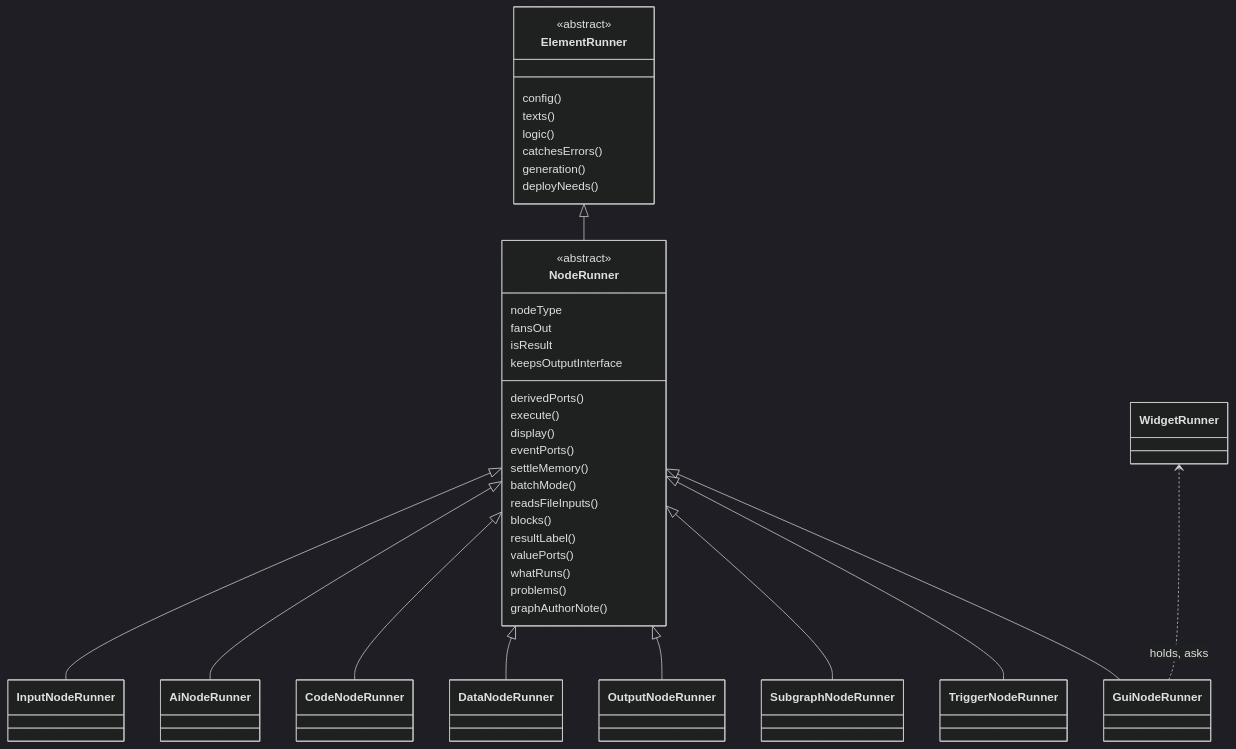
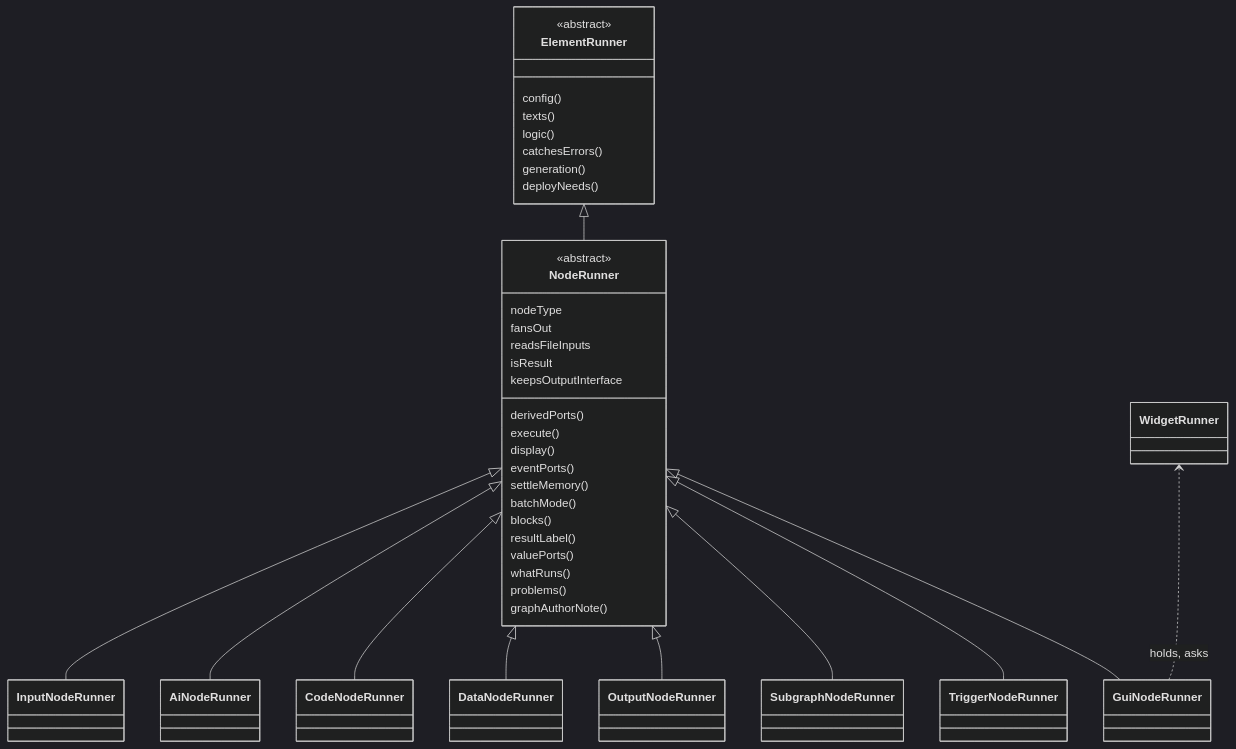
One commit to Archimedes79/AI_Graph changed the third of 8 diagrams in arch/overview.md. Above: the diagram before and after it, drawn with Mermaid (dark theme). The commit also changed other lines of this file and 4 other files, not shown here.

````diff
--- a/arch/overview.md
+++ b/arch/overview.md
@@ -157,42 +157,42 @@
 ```mermaid
 classDiagram
   class ElementRunner {
     <<abstract>>
     config()
     texts()
     logic()
     catchesErrors()
     generation()
     deployNeeds()
   }
   class NodeRunner {
     <<abstract>>
     nodeType
     derivedPorts()
     execute()
     display()
     eventPorts()
     settleMemory()
     fansOut
     batchMode()
-    readsFileInputs()
+    readsFileInputs
     blocks()
     isResult
     resultLabel()
     valuePorts()
     keepsOutputInterface
     whatRuns()
     problems()
     graphAuthorNote()
   }
   ElementRunner <|-- NodeRunner
   NodeRunner <|-- InputNodeRunner
   NodeRunner <|-- AiNodeRunner
   NodeRunner <|-- CodeNodeRunner
   NodeRunner <|-- DataNodeRunner
   NodeRunner <|-- OutputNodeRunner
   NodeRunner <|-- SubgraphNodeRunner
   NodeRunner <|-- TriggerNodeRunner
   NodeRunner <|-- GuiNodeRunner
   WidgetRunner <.. GuiNodeRunner : holds, asks
 ```
````
